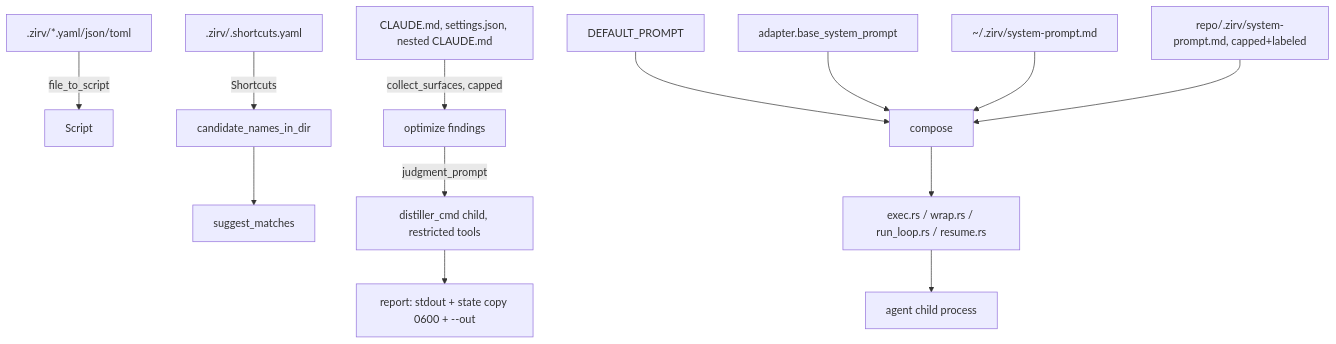
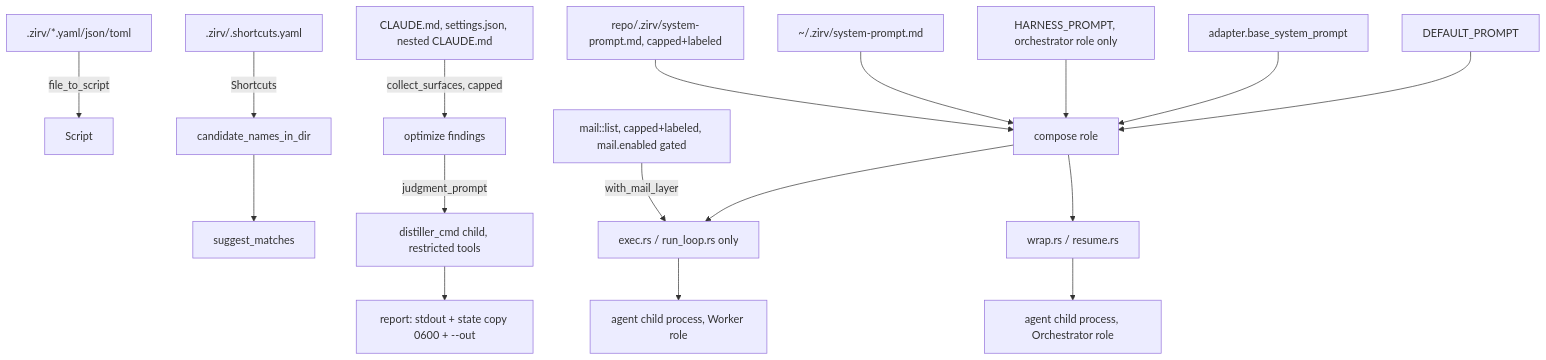
The diagram in docs/obsidian/Modules/Utilities.md (Glubiz/zirv-dynamic-cli), drawn with Mermaid before and after one commit. The commit also changed other lines of this file and 23 other files, not shown here.

````diff
--- a/docs/obsidian/Modules/Utilities.md
+++ b/docs/obsidian/Modules/Utilities.md
@@ -68,15 +70,19 @@
 ```mermaid
 flowchart TD
     A[.zirv/*.yaml/json/toml] -->|file_to_script| B[Script]
     C[.zirv/.shortcuts.yaml] -->|Shortcuts| D[candidate_names_in_dir]
     D --> E[suggest_matches]
     F[CLAUDE.md, settings.json, nested CLAUDE.md] -->|collect_surfaces, capped| G[optimize findings]
     G -->|judgment_prompt| H[distiller_cmd child, restricted tools]
     H --> I[report: stdout + state copy 0600 + --out]
-    J[DEFAULT_PROMPT] --> K[compose]
+    J[DEFAULT_PROMPT] --> K[compose role]
     L[adapter.base_system_prompt] --> K
+    HH["HARNESS_PROMPT, orchestrator role only"] --> K
     M["~/.zirv/system-prompt.md"] --> K
     N["repo/.zirv/system-prompt.md, capped+labeled"] --> K
-    K --> O[exec.rs / wrap.rs / run_loop.rs / resume.rs]
-    O --> P[agent child process]
+    K --> O[exec.rs / run_loop.rs only]
+    MM["mail::list, capped+labeled, mail.enabled gated"] -->|with_mail_layer| O
+    K --> P2[wrap.rs / resume.rs]
+    O --> P[agent child process, Worker role]
+    P2 --> P3[agent child process, Orchestrator role]
 ```
````
